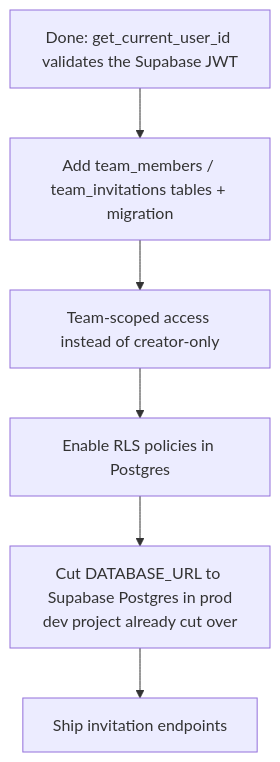
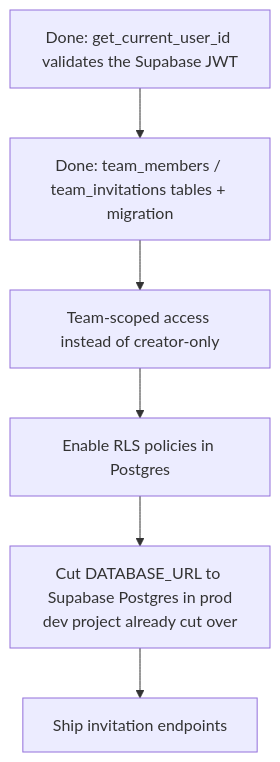
Before and after one commit to LasterBergamot/lineup: the diagram in documentation/Roadmap-Backend.md, drawn with Mermaid. The commit also changed other lines of this file and 16 other files, not shown here.

First line of the commit message:
#19 - Add team_members and team_invitations, make owner columns NOT NULL (#52)

````diff
--- a/documentation/Roadmap-Backend.md
+++ b/documentation/Roadmap-Backend.md
@@ -78,8 +58,8 @@
 ```mermaid
 flowchart TD
-    A[Done: get_current_user_id validates the Supabase JWT] --> B[Add team_members / team_invitations tables + migration]
+    A[Done: get_current_user_id validates the Supabase JWT] --> B[Done: team_members / team_invitations tables + migration]
     B --> C[Team-scoped access instead of creator-only]
     C --> D[Enable RLS policies in Postgres]
     D --> E[Cut DATABASE_URL to Supabase Postgres in prod<br/>dev project already cut over]
     E --> F[Ship invitation endpoints]
 ```
````
